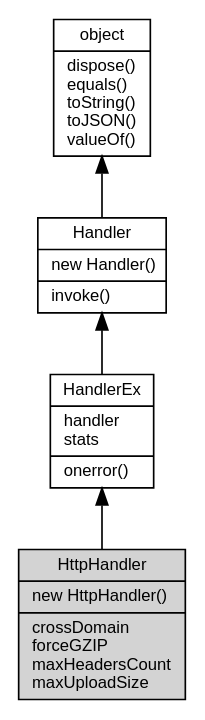
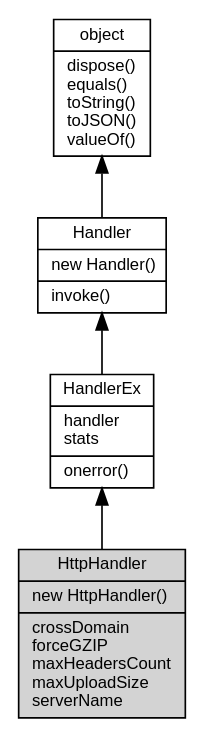
One commit to fibjs/fibjs.org changed the diagram in docs/manual/object/ifs/HttpHandler.md. Above: the diagram before and after it, drawn with Graphviz. The commit also changed other lines of this file and 14 other files, not shown here.

````diff
--- a/docs/manual/object/ifs/HttpHandler.md
+++ b/docs/manual/object/ifs/HttpHandler.md
@@ -17,14 +17,14 @@
 ```dot
 digraph {
     node [fontname="Helvetica,sans-Serif", fontsize=10, shape="record", style="filled", fillcolor="white"];
 
     object [tooltip="object", URL="object.md", label="{object|dispose()\lequals()\ltoString()\ltoJSON()\lvalueOf()\l}"];
     Handler [tooltip="Handler", URL="Handler.md", label="{Handler|new Handler()\l|invoke()\l}"];
     HandlerEx [tooltip="HandlerEx", URL="HandlerEx.md", label="{HandlerEx|handler\lstats\l|onerror()\l}"];
-    HttpHandler [tooltip="HttpHandler", fillcolor="lightgray", label="{HttpHandler|new HttpHandler()\l|crossDomain\lforceGZIP\lmaxHeadersCount\lmaxUploadSize\l}"];
+    HttpHandler [tooltip="HttpHandler", fillcolor="lightgray", label="{HttpHandler|new HttpHandler()\l|crossDomain\lforceGZIP\lmaxHeadersCount\lmaxUploadSize\lserverName\l}"];
 
     object -> Handler [dir=back];
     Handler -> HandlerEx [dir=back];
     HandlerEx -> HttpHandler [dir=back];
 }
 ```
````
